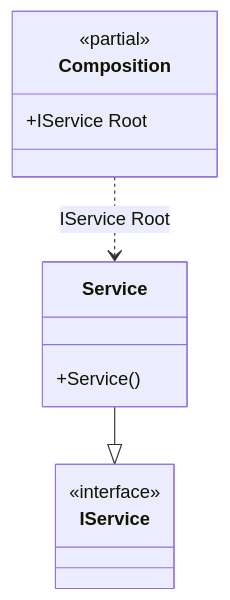
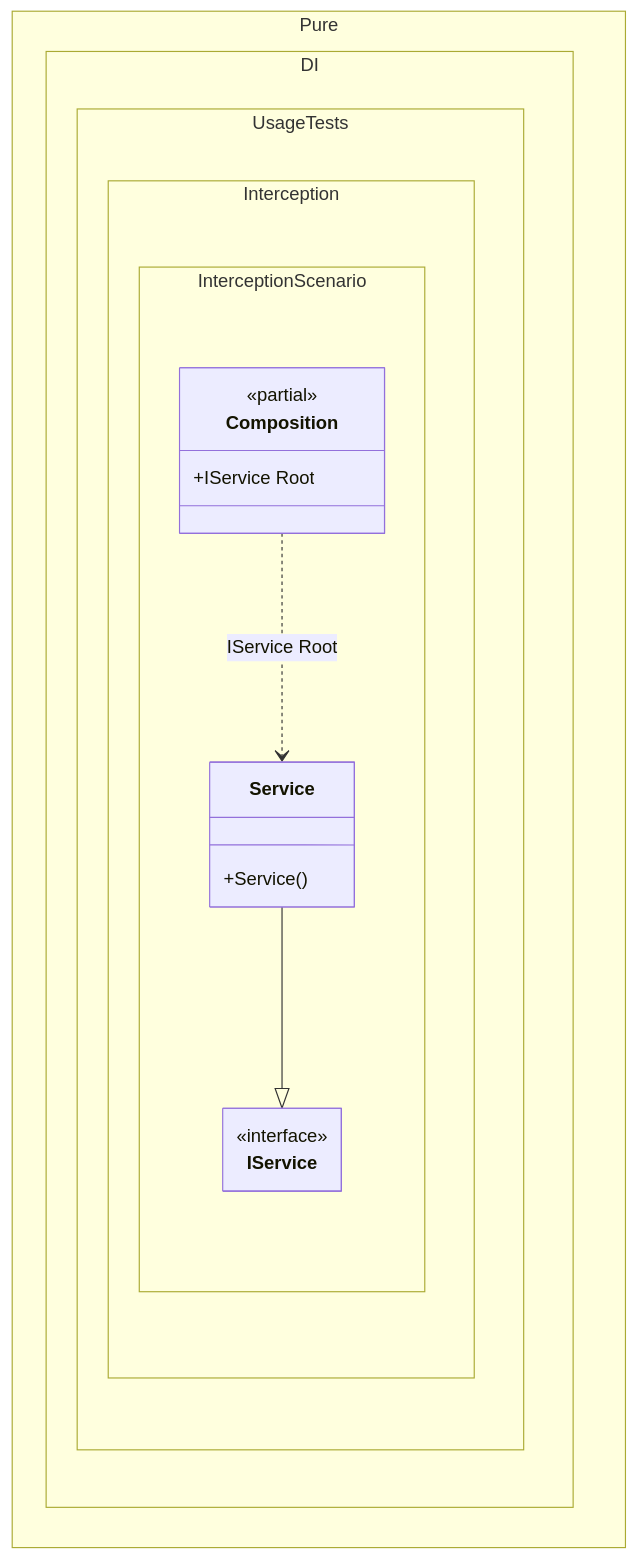
The diagram in readme/interception.md (DevTeam/Pure.DI), drawn with Mermaid before and after one commit. The commit also changed 103 other files, not shown here.

Commit message:
Improved class diagrams

````diff
--- a/readme/interception.md
+++ b/readme/interception.md
@@ -111,15 +111,22 @@
 ```mermaid
+---
+ config:
+  class:
+   hideEmptyMembersBox: true
+---
 classDiagram
-	class Composition {
+	Service --|> IService
+	Composition ..> Service : IService Root
+	namespace Pure.DI.UsageTests.Interception.InterceptionScenario {
+		class Composition {
 		<<partial>>
 		+IService Root
+		}
+		class IService {
+			<<interface>>
+		}
+		class Service {
+			+Service()
+		}
 	}
-	Service --|> IService
-	class Service {
-		+Service()
-	}
-	class IService {
-		<<interface>>
-	}
-	Composition ..> Service : IService Root
 ```
````
